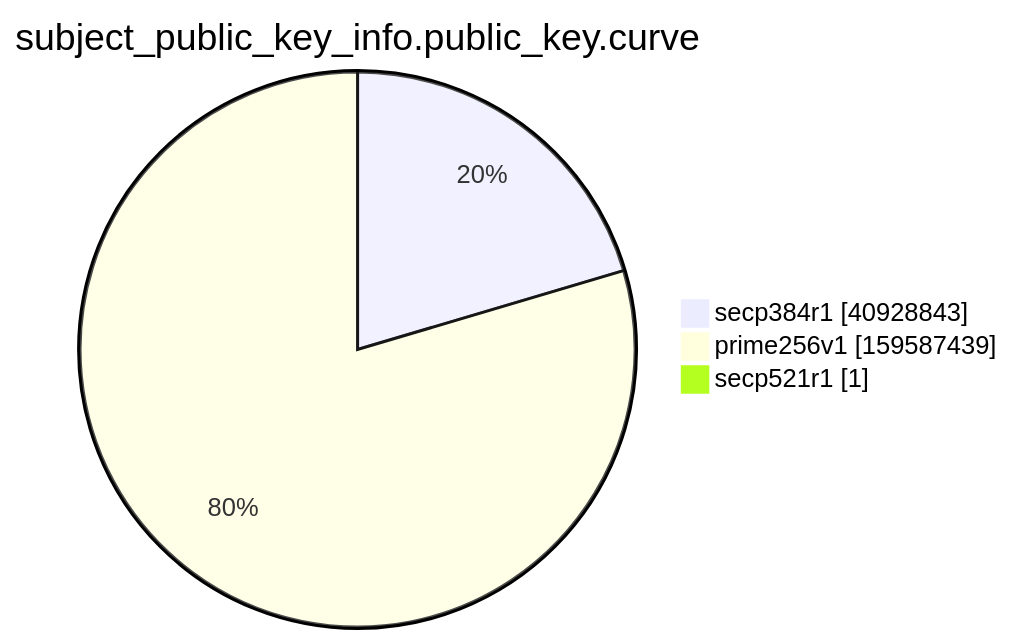
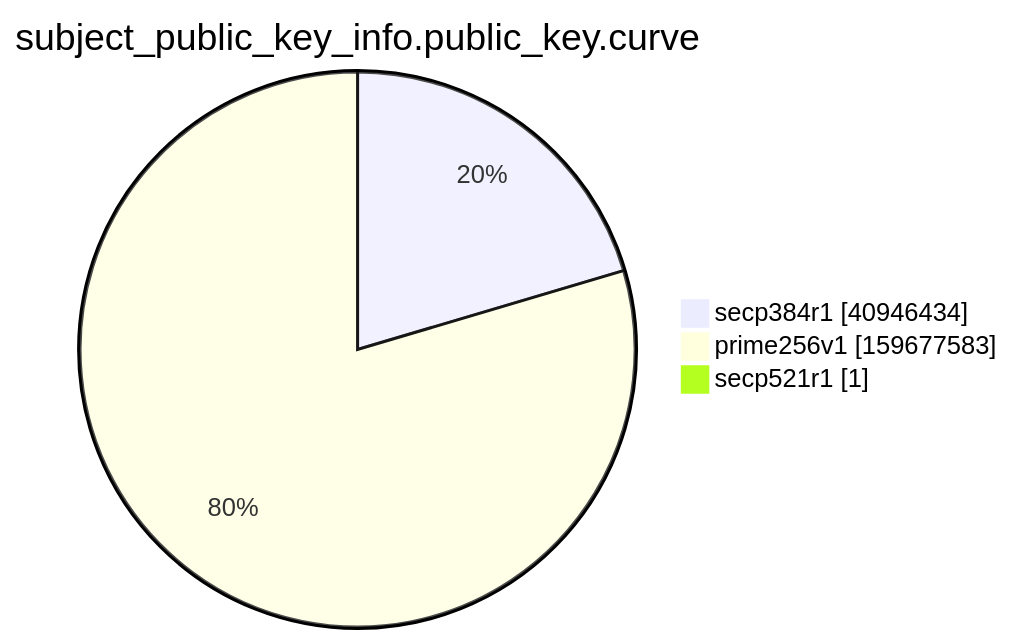
Before and after one commit to christiankrug/ctmonitor_visualization: the ninth of 15 diagrams in xenon2022/README.md, drawn with Mermaid. The commit also changed other lines of this file, not shown here.

````diff
--- a/xenon2022/README.md
+++ b/xenon2022/README.md
@@ -2867,7 +2867,7 @@
 ```mermaid
 pie showData
 title subject_public_key_info.public_key.curve
-"secp384r1" :40928843
-"prime256v1" :159587439
+"secp384r1" :40946434
+"prime256v1" :159677583
 "secp521r1" :1
 ```
````
